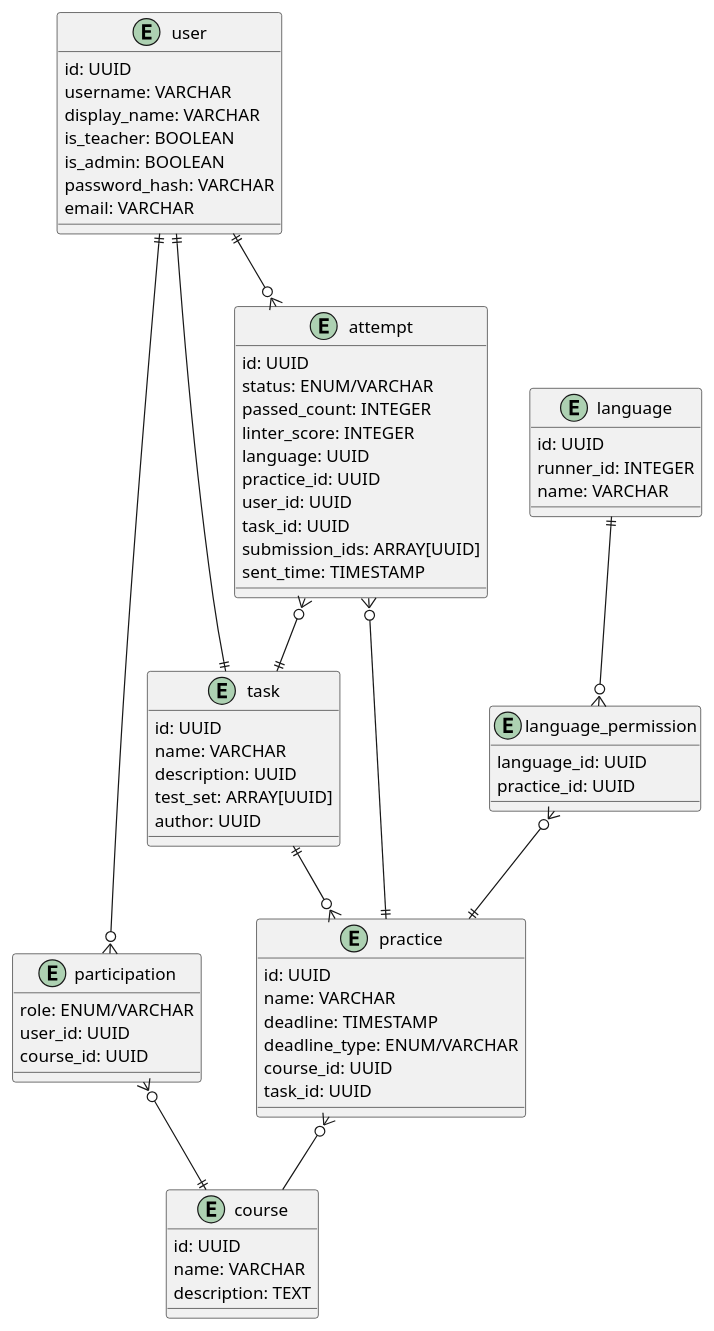
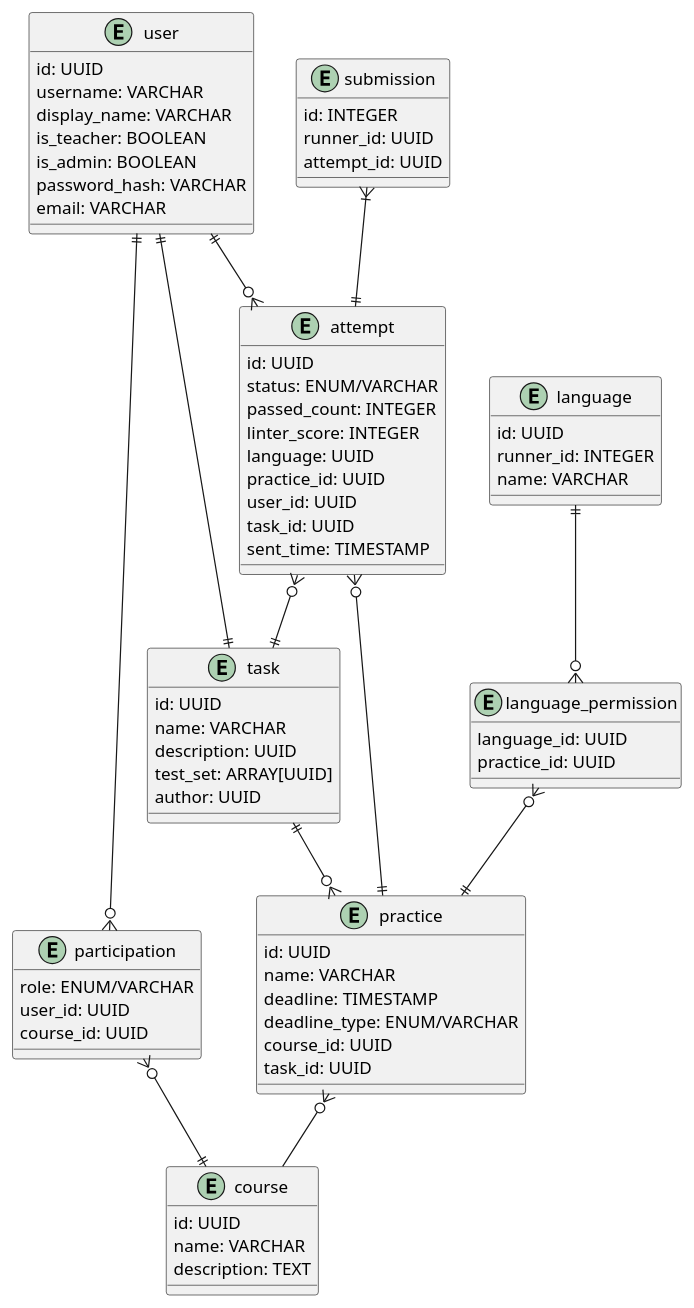
The diagram in doc/entity-relationship.puml (AKovalyuk/automated-lab-testing-sibfu-backend), drawn with PlantUML before and after one commit.

Commit message:
Update ER-diagram: separate submission from attempt

```diff
--- a/doc/entity-relationship.puml
+++ b/doc/entity-relationship.puml
@@ -1,77 +1,83 @@
 @startuml
 
 entity user {
     id: UUID
     username: VARCHAR
     display_name: VARCHAR
     is_teacher: BOOLEAN
     is_admin: BOOLEAN
     password_hash: VARCHAR
     email: VARCHAR
 }
 
 entity participation {
     role: ENUM/VARCHAR
     user_id: UUID
     course_id: UUID
 }
 
 entity course {
     id: UUID
     name: VARCHAR
     description: TEXT
 }
 
 entity task {
     id: UUID
     name: VARCHAR
     description: UUID
     test_set: ARRAY[UUID]
     author: UUID
 }
 
 entity practice {
     id: UUID
     name: VARCHAR
     deadline: TIMESTAMP
     deadline_type: ENUM/VARCHAR
     course_id: UUID
     task_id: UUID
 }
 
 entity attempt {
     id: UUID
     status: ENUM/VARCHAR
     passed_count: INTEGER
     linter_score: INTEGER
     language: UUID
     practice_id: UUID
     user_id: UUID
     task_id: UUID
-    submission_ids: ARRAY[UUID]
     sent_time: TIMESTAMP
+}
+
+entity submission {
+    id: INTEGER
+    runner_id: UUID
+    attempt_id: UUID
 }
 
 entity language {
     id: UUID
     runner_id: INTEGER
     name: VARCHAR
 }
 
 entity language_permission {
     language_id: UUID
     practice_id: UUID
 }
 
 user ||--o{ attempt
 attempt }o--|| task
 attempt }o--|| practice
 user ||--o{ participation
 participation }o--|| course
 practice }o-- course
 user ||--|| task
 language ||--o{ language_permission
 language_permission }o--|| practice
 task ||--o{ practice
+submission }|--|| attempt
 
 @enduml
```
